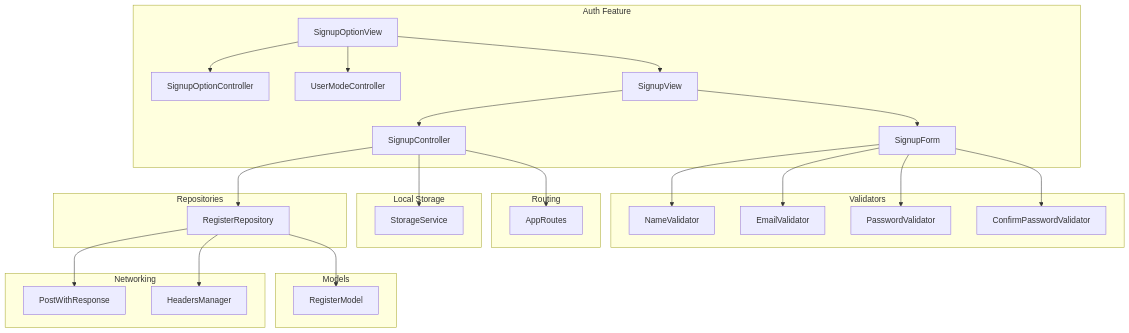
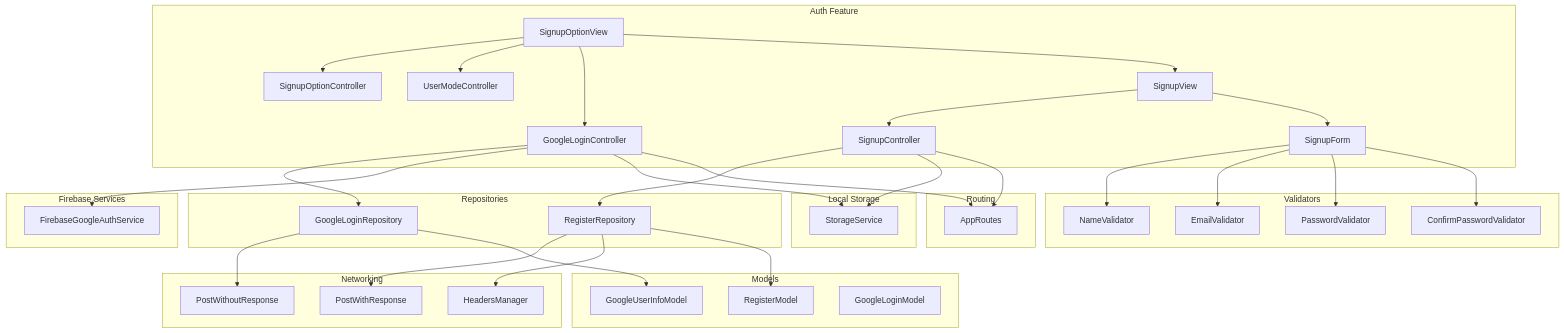
Before and after one commit to Ariful3111/FurniGo: the first of 10 diagrams in .qoder/repowiki/en/content/Core Features/Authentication System/Registration System.md, drawn with Mermaid. The commit also changed other lines of this file and 11 other files, not shown here.

````diff
--- a/.qoder/repowiki/en/content/Core Features/Authentication System/Registration System.md
+++ b/.qoder/repowiki/en/content/Core Features/Authentication System/Registration System.md
@@ -49,48 +69,63 @@
 ```mermaid
 graph TB
 subgraph "Auth Feature"
 SOV["SignupOptionView"]
 SV["SignupView"]
 SFC["SignupForm"]
 SOC["SignupOptionController"]
 SC["SignupController"]
 UMC["UserModeController"]
+GLC["GoogleLoginController"]
 end
 subgraph "Repositories"
 RR["RegisterRepository"]
+GLR["GoogleLoginRepository"]
 end
 subgraph "Models"
 RM["RegisterModel"]
+GUM["GoogleUserInfoModel"]
+GLM["GoogleLoginModel"]
 end
 subgraph "Validators"
 NV["NameValidator"]
 EV["EmailValidator"]
 PV["PasswordValidator"]
 CPV["ConfirmPasswordValidator"]
 end
 subgraph "Networking"
 PWR["PostWithResponse"]
+PWR2["PostWithoutResponse"]
 HM["HeadersManager"]
 end
 subgraph "Local Storage"
 SS["StorageService"]
 end
 subgraph "Routing"
 AR["AppRoutes"]
 end
+subgraph "Firebase Services"
+FGA["FirebaseGoogleAuthService"]
+end
 SOV --> SOC
 SOV --> UMC
+SOV --> GLC
 SOV --> SV
 SV --> SC
 SV --> SFC
 SFC --> NV
 SFC --> EV
 SFC --> PV
 SFC --> CPV
 SC --> RR
+GLC --> GLR
+GLC --> FGA
 RR --> PWR
+GLR --> PWR2
 RR --> HM
 RR --> RM
+GLR --> GUM
+GLC --> SS
 SC --> SS
 SC --> AR
+GLC --> AR
 ```
````
